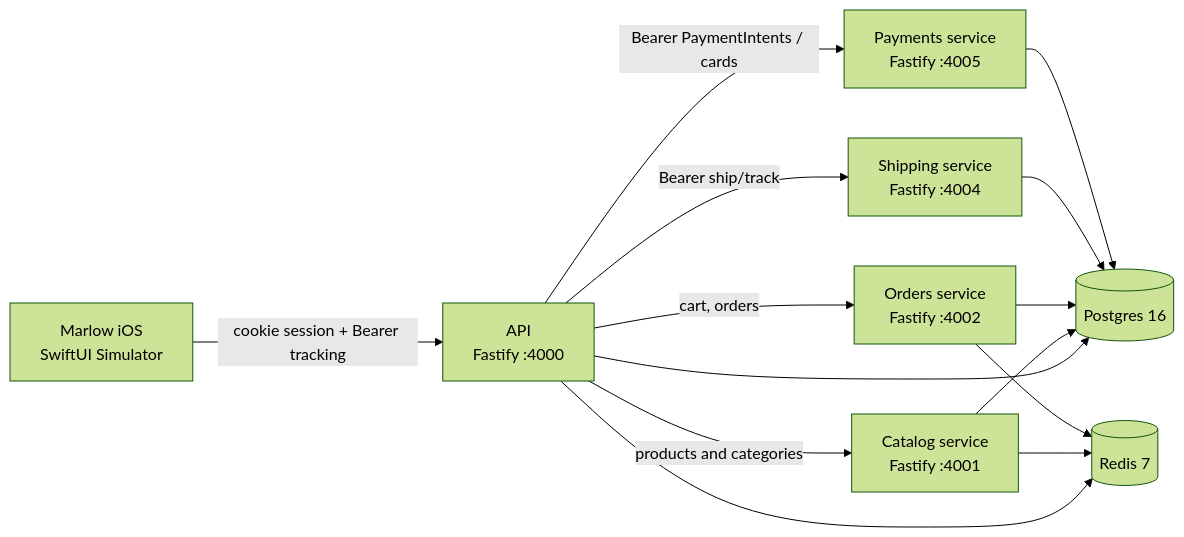
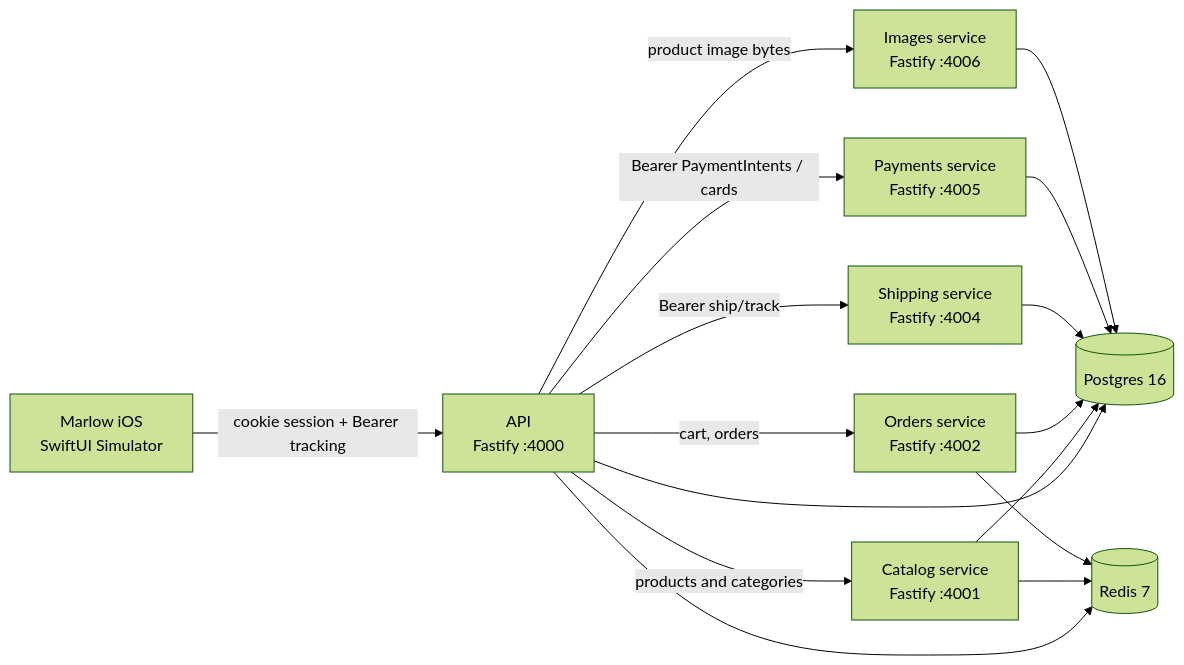
One commit to VinceBarresi/Marlow changed the first of 3 diagrams in ios/Marlow/ARCHITECTURE.md. Above: the diagram before and after it, drawn with Mermaid (forest theme). The commit also changed other lines of this file and 35 other files, not shown here.

First line of the commit message:
Add product images service with disk storage and catalog photos.

````diff
--- a/ios/Marlow/ARCHITECTURE.md
+++ b/ios/Marlow/ARCHITECTURE.md
@@ -11,25 +11,28 @@
 ```mermaid
 flowchart LR
   iosApp["Marlow iOS<br/>SwiftUI Simulator"]
   api["API<br/>Fastify :4000"]
   catalog["Catalog service<br/>Fastify :4001"]
   orders["Orders service<br/>Fastify :4002"]
   shipping["Shipping service<br/>Fastify :4004"]
   payments["Payments service<br/>Fastify :4005"]
+  images["Images service<br/>Fastify :4006"]
   pg[("Postgres 16")]
   redis[("Redis 7")]
 
   iosApp -->|"cookie session + Bearer tracking"| api
   api -->|"products and categories"| catalog
   api -->|"cart, orders"| orders
   api -->|"Bearer PaymentIntents / cards"| payments
   api -->|"Bearer ship/track"| shipping
+  api -->|"product image bytes"| images
   api --> pg
   api --> redis
   catalog --> pg
   catalog --> redis
   orders --> pg
   orders --> redis
   shipping --> pg
   payments --> pg
+  images --> pg
 ```
````
